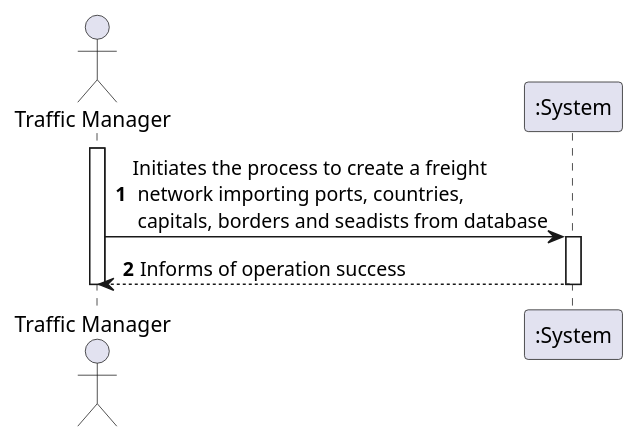
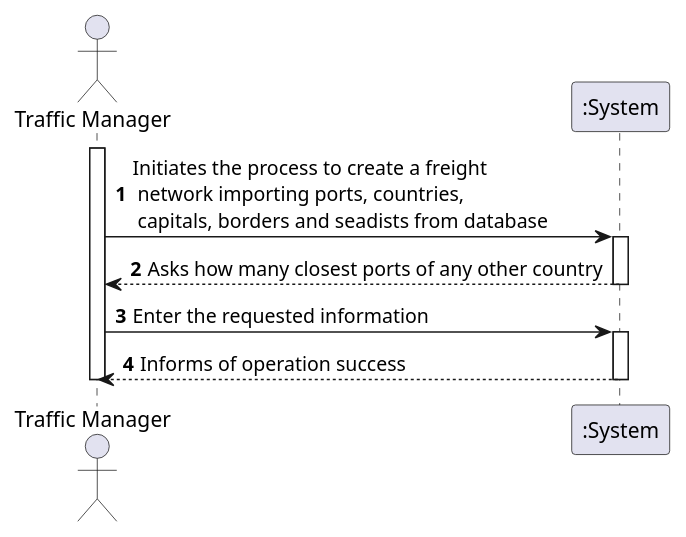
Before and after one commit to 0franciscor/lapr3-2021-g042: the diagram in docs/US301/US301_SSD.puml, drawn with PlantUML. The commit also changed 1 other file, not shown here.

```diff
--- a/docs/US301/US301_SSD.puml
+++ b/docs/US301/US301_SSD.puml
@@ -1,17 +1,23 @@
 @startuml
 'https://plantuml.com/sequence-diagram
 
 autonumber
 actor "Traffic Manager" as TM
 
 
 activate TM
 TM -> ":System" : Initiates the process to create a freight \n network importing ports, countries,\n capitals, borders and seadists from database
 activate ":System"
 
+":System" --> TM : Asks how many closest ports of any other country
+deactivate ":System"
+
+TM -> ":System" : Enter the requested information
+activate ":System"
+
 ":System" --> TM : Informs of operation success
 deactivate ":System"
 
 deactivate TM
 
 @enduml
```
